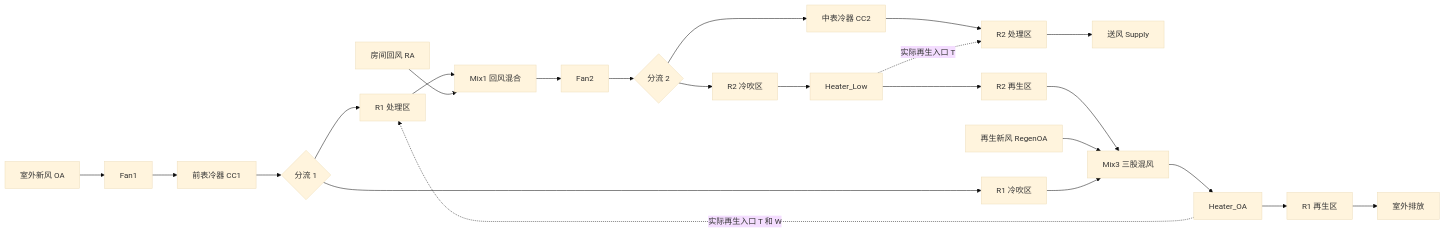
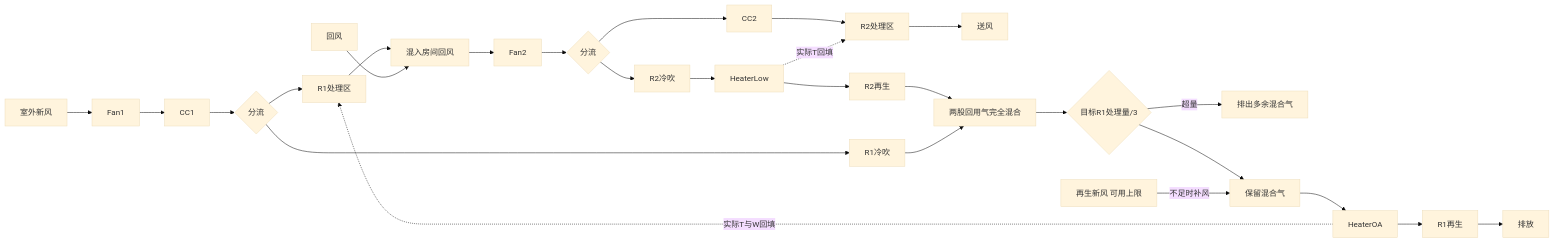
One commit to deep4rest/Dehumidifier changed the diagram in docs/handoff/系统拓扑与物理契约.md. Above: the diagram before and after it, drawn with Mermaid (base theme). The commit also changed other lines of this file and 63 other files, not shown here.

````diff
--- a/docs/handoff/系统拓扑与物理契约.md
+++ b/docs/handoff/系统拓扑与物理契约.md
@@ -11,26 +7,18 @@
 ```mermaid
 flowchart LR
-    OA[室外新风 OA] --> F1[Fan1]
-    F1 --> CC1[前表冷器 CC1]
-    CC1 --> S1{分流 1}
-    S1 --> R1P[R1 处理区]
-    S1 --> R1CB[R1 冷吹区]
-    R1P --> M1[Mix1 回风混合]
-    RA[房间回风 RA] --> M1
-    M1 --> F2[Fan2]
-    F2 --> S2{分流 2}
-    S2 --> CC2[中表冷器 CC2]
-    CC2 --> R2P[R2 处理区]
-    R2P --> SUP[送风 Supply]
-    S2 --> R2CB[R2 冷吹区]
-    R2CB --> HL[Heater_Low]
-    HL --> R2RG[R2 再生区]
-    R2RG --> M3[Mix3 三股混风]
-    ROA[再生新风 RegenOA] --> M3
-    R1CB --> M3
-    M3 --> HOA[Heater_OA]
-    HOA --> R1RG[R1 再生区]
-    R1RG --> EXH[室外排放]
-    HOA -. 实际再生入口 T 和 W .-> R1P
-    HL -. 实际再生入口 T .-> R2P
+ OA[室外新风] --> F1[Fan1] --> CC1[CC1] --> S1{分流}
+ S1 --> R1P[R1处理区] --> M1[混入房间回风] --> F2[Fan2] --> S2{分流}
+ RA[回风] --> M1
+ S2 --> CC2[CC2] --> R2P[R2处理区] --> SUP[送风]
+ S2 --> R2CB[R2冷吹] --> HL[HeaterLow] --> R2RG[R2再生]
+ S1 --> R1CB[R1冷吹]
+ R2RG --> REC[两股回用气完全混合]
+ R1CB --> REC
+ REC --> RULE{目标R1处理量/3}
+ RULE -->|超量| VENT[排出多余混合气]
+ RULE --> USE[保留混合气]
+ ROA[再生新风 可用上限] -->|不足时补风| USE
+ USE --> HOA[HeaterOA] --> R1RG[R1再生] --> EXH[排放]
+ HOA -. 实际T与W回填 .-> R1P
+ HL -. 实际T回填 .-> R2P
 ```
````
